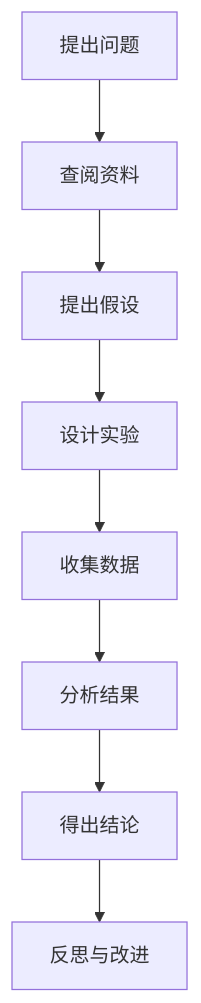
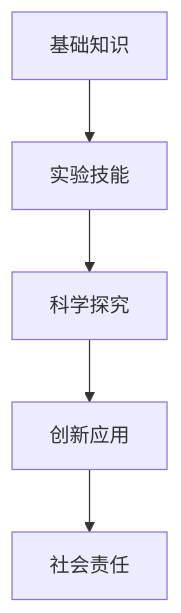
The first of 2 diagrams in 02-核心学科理论/06-化学教育理论与实践/01-化学教育理论与实践.md (AdaMartin18010/SeniorEnducation), drawn with Mermaid before and after one commit. The commit also changed other lines of this file and 6 other files, not shown here.

````diff
--- a/02-核心学科理论/06-化学教育理论与实践/01-化学教育理论与实践.md
+++ b/02-核心学科理论/06-化学教育理论与实践/01-化学教育理论与实践.md
@@ -191,10 +155,7 @@
 ```mermaid
 graph TD
-    A[提出问题] --> B[查阅资料]
-    B --> C[提出假设]
-    C --> D[设计实验]
-    D --> E[收集数据]
-    E --> F[分析结果]
-    F --> G[得出结论]
-    G --> H[反思与改进]
+    A[基础知识] --> B[实验技能]
+    B --> C[科学探究]
+    C --> D[创新应用]
+    D --> E[社会责任]
 ```
````
